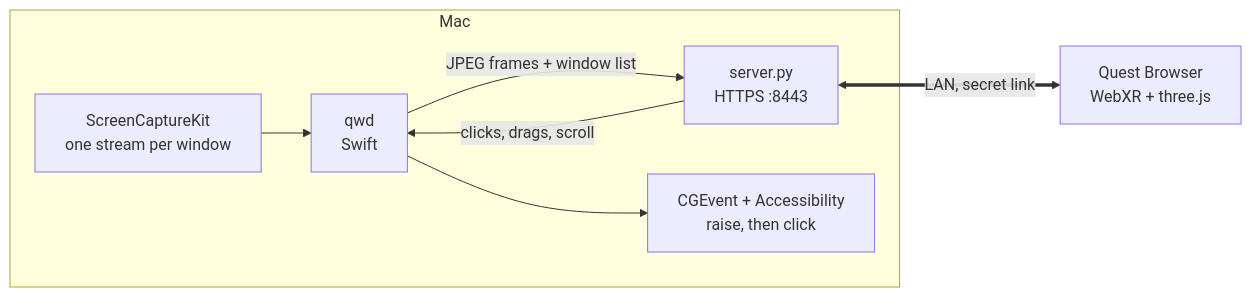
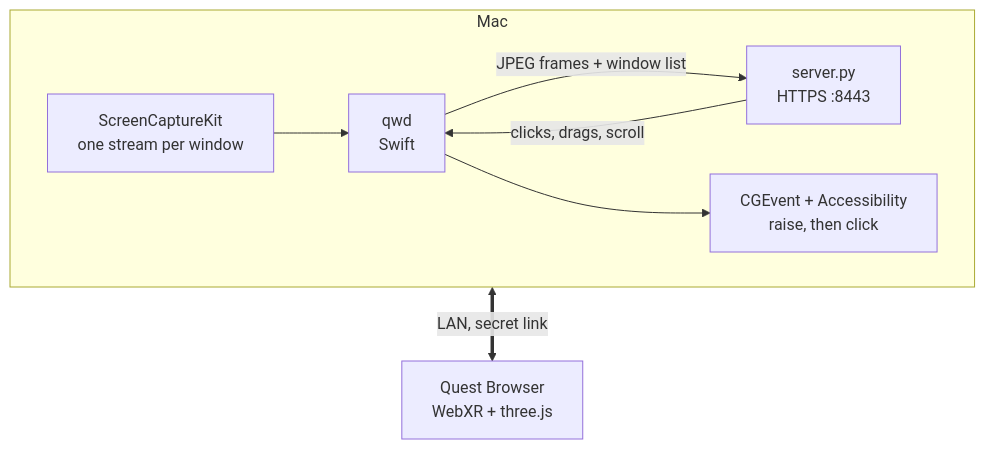
Before and after one commit to Cartterr/quest-windows: the diagram in README.md, drawn with Mermaid.

Commit message:
Stack the README diagram so it fits

````diff
--- a/README.md
+++ b/README.md
@@ -63,10 +63,11 @@
 ```mermaid
-flowchart LR
+flowchart TB
   subgraph Mac
+    direction LR
     SCK[ScreenCaptureKit<br>one stream per window] --> qwd[qwd<br>Swift]
     qwd -- JPEG frames + window list --> srv[server.py<br>HTTPS :8443]
     srv -- clicks, drags, scroll --> qwd
     qwd --> CG[CGEvent + Accessibility<br>raise, then click]
   end
   srv <== "LAN, secret link" ==> Q[Quest Browser<br>WebXR + three.js]
 ```
````
